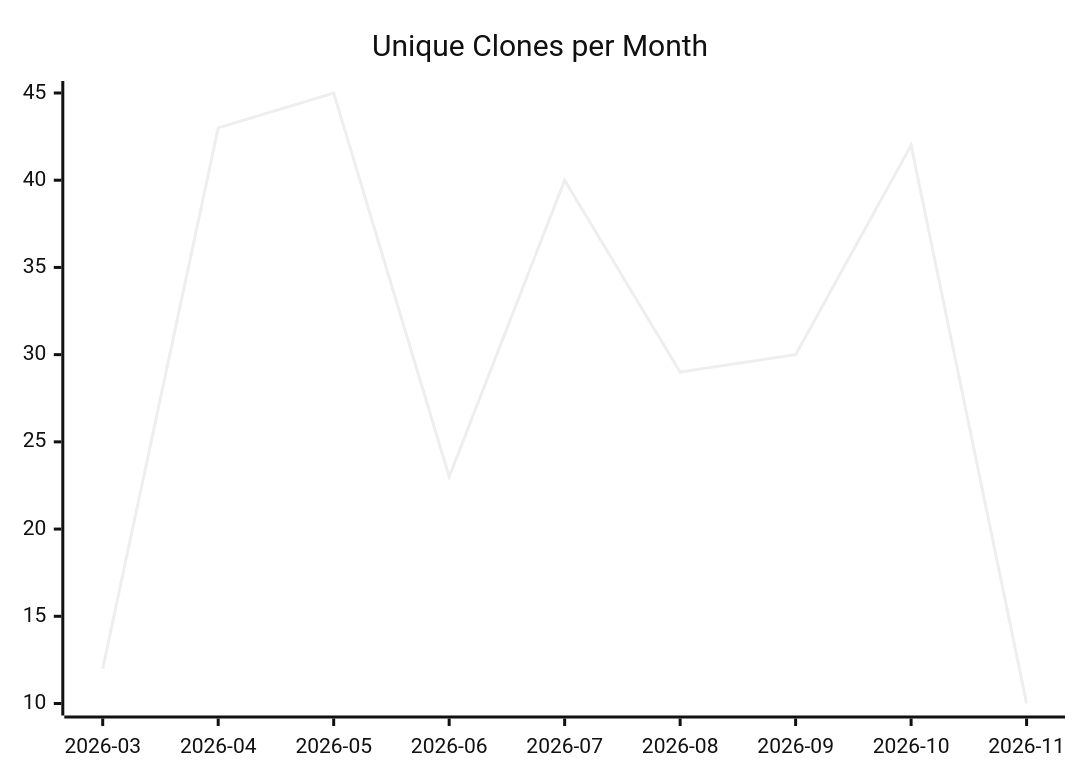
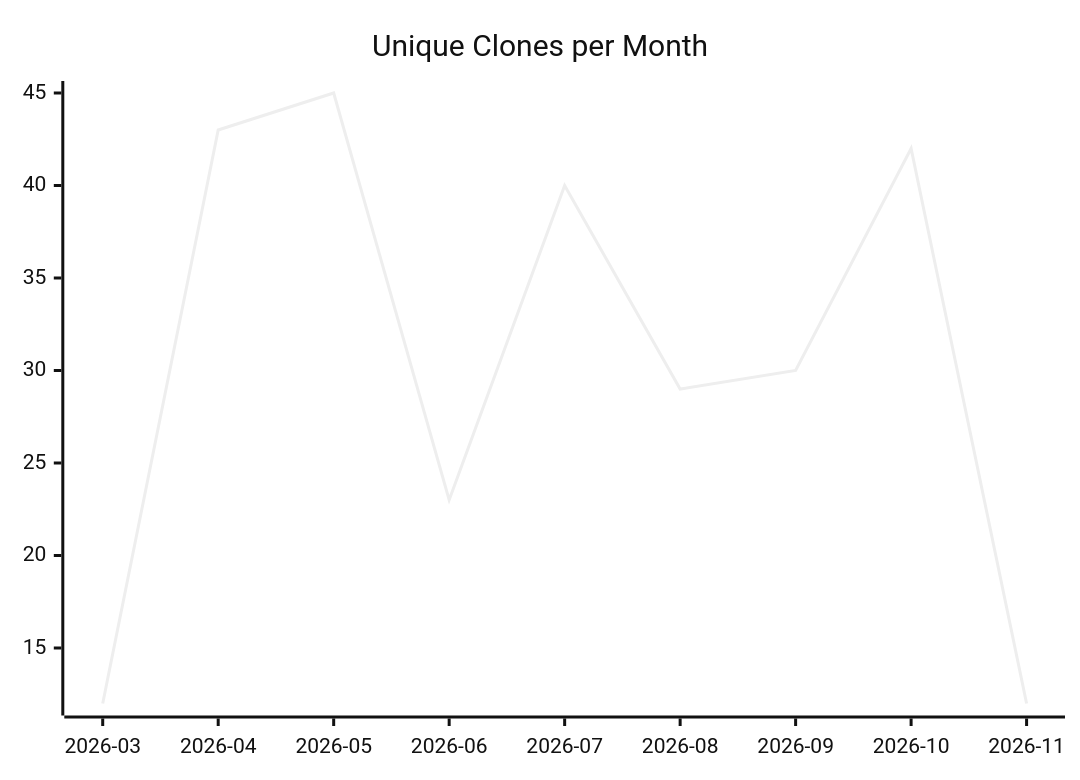
One commit to justdavis-family/github-analytics-data changed the third of 3 diagrams in karlmdavis/ksoap2-android/README.md. Above: the diagram before and after it, drawn with Mermaid (neutral theme). The commit also changed other lines of this file and 193 other files, not shown here.

````diff
--- a/karlmdavis/ksoap2-android/README.md
+++ b/karlmdavis/ksoap2-android/README.md
@@ -19,6 +19,6 @@
 ```mermaid
 xychart-beta
   title "Unique Clones per Month"
   x-axis ["2026-03", "2026-04", "2026-05", "2026-06", "2026-07", "2026-08", "2026-09", "2026-10", "2026-11"]
-  line [12, 43, 45, 23, 40, 29, 30, 42, 10]
+  line [12, 43, 45, 23, 40, 29, 30, 42, 12]
 ```
````
